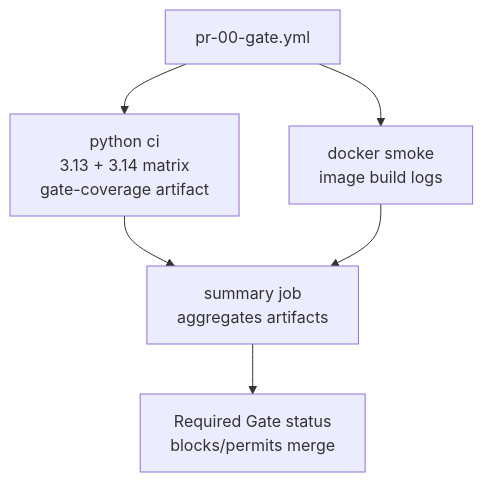
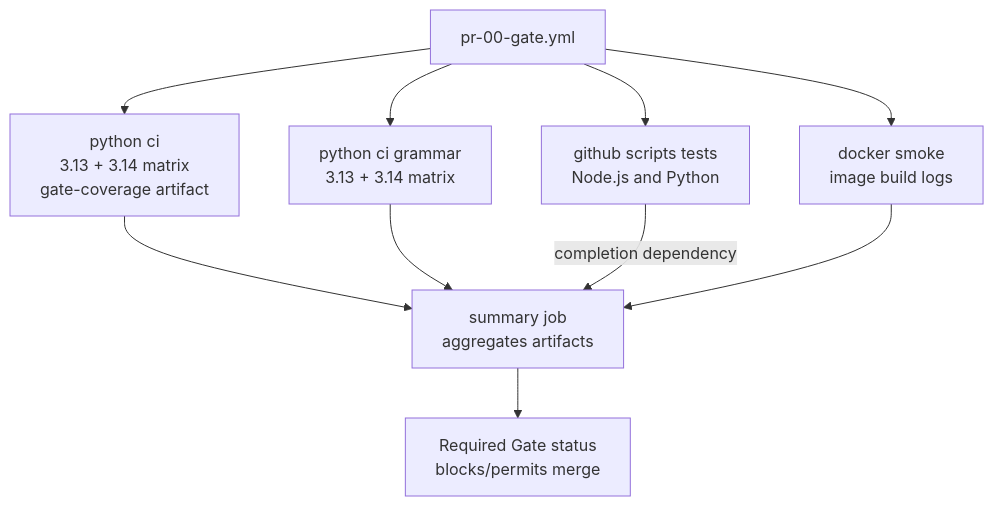
One commit to stranske/Workflows changed the second of 2 diagrams in docs/ci/WORKFLOWS.md. Above: the diagram before and after it, drawn with Mermaid. The commit also changed other lines of this file and 13 other files, not shown here.

````diff
--- a/docs/ci/WORKFLOWS.md
+++ b/docs/ci/WORKFLOWS.md
@@ -108,8 +126,12 @@
 ```mermaid
 flowchart TD
     pr00["pr-00-gate.yml"] --> pythonCi["python ci\n3.13 + 3.14 matrix\n gate-coverage artifact"]
+    pr00 --> grammar["python ci grammar\n3.13 + 3.14 matrix"]
+    pr00 --> scripts["github scripts tests\nNode.js and Python"]
     pr00 --> dockerSmoke["docker smoke\nimage build logs"]
     pythonCi --> summaryJob["summary job\naggregates artifacts"]
+    grammar --> summaryJob
+    scripts -- "completion dependency" --> summaryJob
     dockerSmoke --> summaryJob
     summaryJob --> status["Required Gate status\nblocks/permits merge"]
 ```
````
